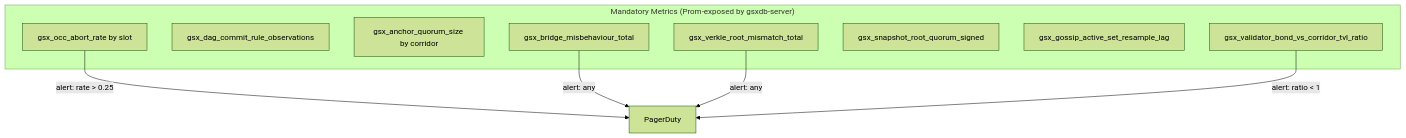
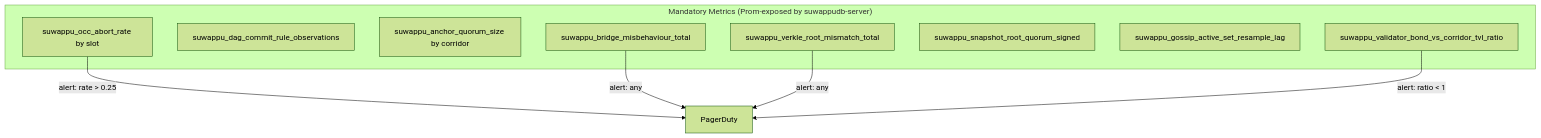
Before and after one commit to Suwappu-Labs/suwappu-db: the second of 3 diagrams in docs/HARDENING.md, drawn with Mermaid (forest theme). The commit also changed other lines of this file and 232 other files, not shown here.

First line of the commit message:
chore: rebrand gsx-db -> suwappu-db (crates, code, docs)

````diff
--- a/docs/HARDENING.md
+++ b/docs/HARDENING.md
@@ -497,17 +497,17 @@
 ```mermaid
 flowchart TB
-  subgraph "Mandatory Metrics (Prom-exposed by gsxdb-server)"
-    M1[gsx_occ_abort_rate by slot]
-    M2[gsx_dag_commit_rule_observations]
-    M3[gsx_anchor_quorum_size by corridor]
-    M4[gsx_bridge_misbehaviour_total]
-    M5[gsx_verkle_root_mismatch_total]
-    M6[gsx_snapshot_root_quorum_signed]
-    M7[gsx_gossip_active_set_resample_lag]
-    M8[gsx_validator_bond_vs_corridor_tvl_ratio]
+  subgraph "Mandatory Metrics (Prom-exposed by suwappudb-server)"
+    M1[suwappu_occ_abort_rate by slot]
+    M2[suwappu_dag_commit_rule_observations]
+    M3[suwappu_anchor_quorum_size by corridor]
+    M4[suwappu_bridge_misbehaviour_total]
+    M5[suwappu_verkle_root_mismatch_total]
+    M6[suwappu_snapshot_root_quorum_signed]
+    M7[suwappu_gossip_active_set_resample_lag]
+    M8[suwappu_validator_bond_vs_corridor_tvl_ratio]
   end
   M1 -- alert: rate > 0.25 --> P[PagerDuty]
   M4 -- alert: any --> P
   M5 -- alert: any --> P
   M8 -- alert: ratio < 1 --> P
 ```
````
